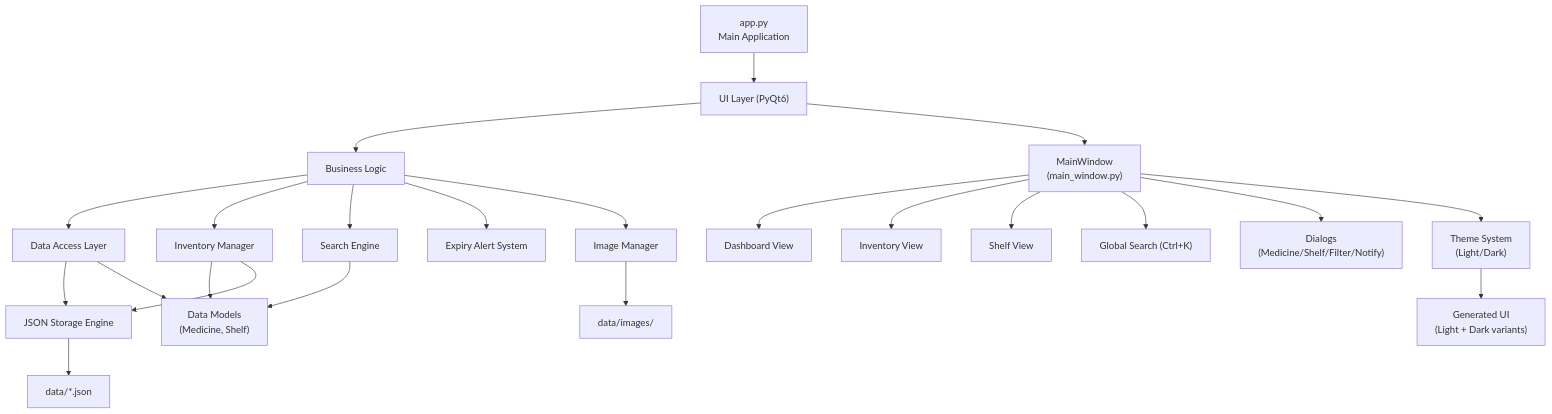
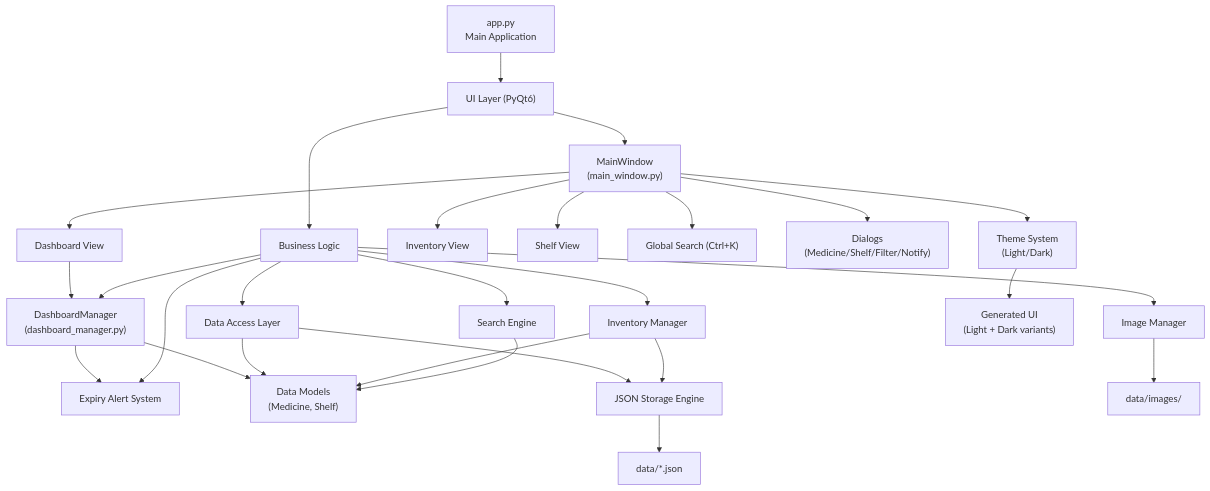
The first of 7 diagrams in docs/projectcharts.md (Des1r3d/KiThuatLapTrinhNhom3), drawn with Mermaid before and after one commit. The commit also changed other lines of this file, not shown here.

Commit message:
cập nhật project chart

````diff
--- a/docs/projectcharts.md
+++ b/docs/projectcharts.md
@@ -13,31 +13,36 @@
 ```mermaid
 graph TD
     App["app.py<br>Main Application"] --> UI["UI Layer (PyQt6)"]
 
     UI --> Logic[Business Logic]
     Logic --> Data[Data Access Layer]
 
     UI --> MainWin["MainWindow<br>(main_window.py)"]
     MainWin --> Dashboard[Dashboard View]
     MainWin --> InventoryView[Inventory View]
     MainWin --> ShelfView[Shelf View]
     MainWin --> SearchDlg["Global Search (Ctrl+K)"]
     MainWin --> Dialogs["Dialogs<br>(Medicine/Shelf/Filter/Notify)"]
 
+    Dashboard --> DashMgr["DashboardManager<br>(dashboard_manager.py)"]
+    DashMgr --> AlertSys[Expiry Alert System]
+    DashMgr --> Models
+
     Logic --> InvMgr[Inventory Manager]
     Logic --> SearchEng[Search Engine]
-    Logic --> AlertSys[Expiry Alert System]
+    Logic --> AlertSys
     Logic --> ImgMgr[Image Manager]
+    Logic --> DashMgr
 
     Data --> JSON_Store[JSON Storage Engine]
     Data --> Models["Data Models<br>(Medicine, Shelf)"]
 
     InvMgr --> Models
     InvMgr --> JSON_Store
     SearchEng --> Models
     ImgMgr --> Files2["data/images/"]
     JSON_Store --> Files["data/*.json"]
 
     MainWin --> ThemeSys["Theme System<br>(Light/Dark)"]
     ThemeSys --> GenUI["Generated UI<br>(Light + Dark variants)"]
 ```
````
